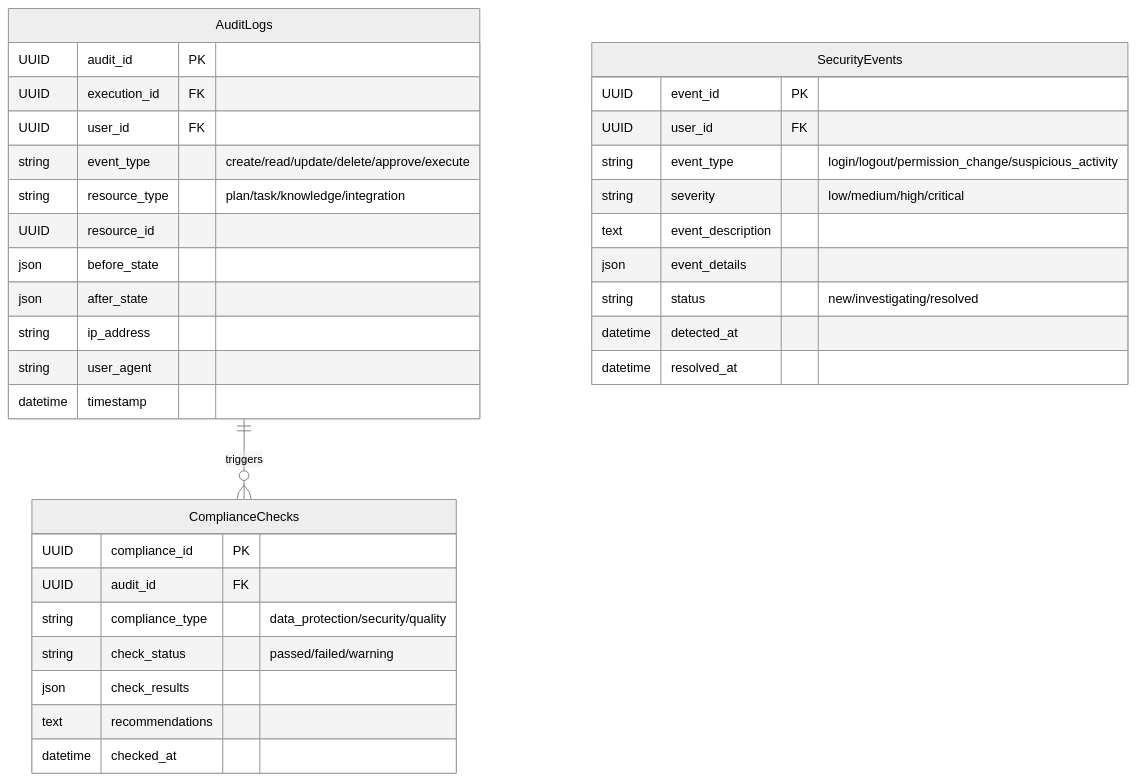
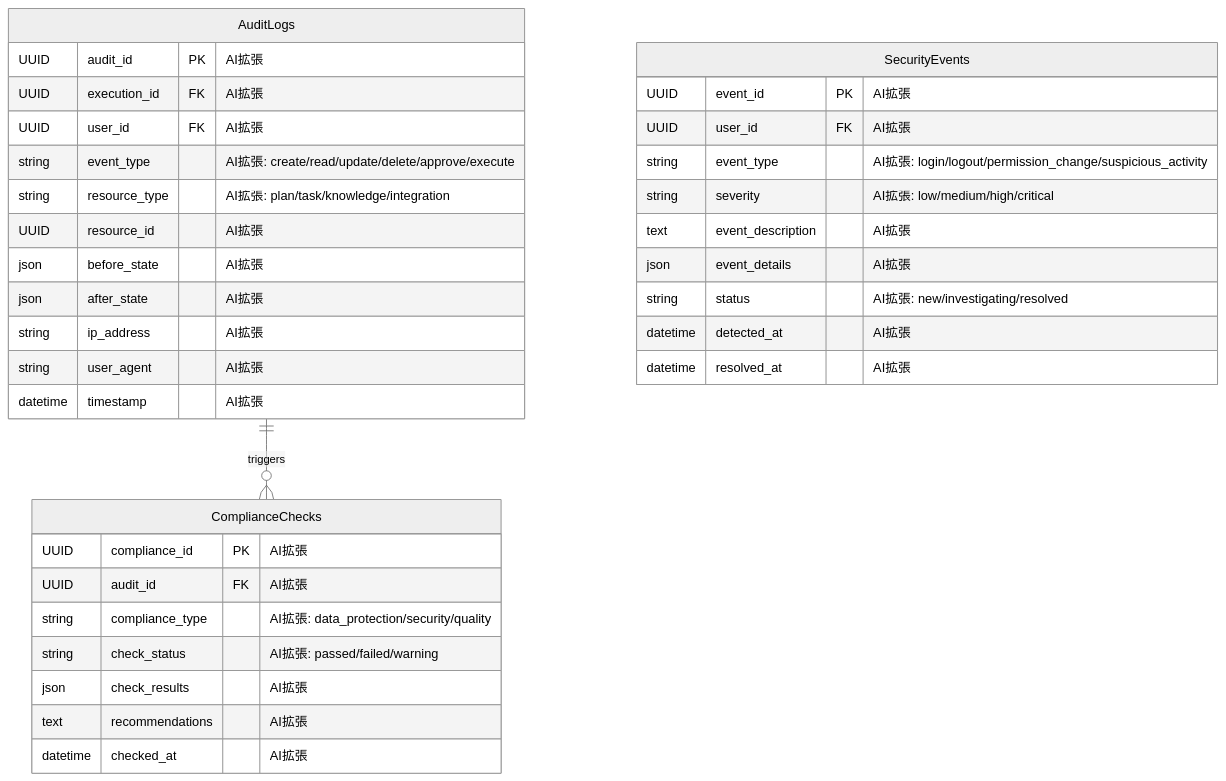
Before and after one commit to daichiTAAA/AgentOpsPlatform: diagram 14 of 16 in docs/030000_設計/035000_データ設計/035010_ER図.md, drawn with Mermaid (neutral theme). The commit also changed other lines of this file, not shown here.

````diff
--- a/docs/030000_設計/035000_データ設計/035010_ER図.md
+++ b/docs/030000_設計/035000_データ設計/035010_ER図.md
@@ -775,40 +926,40 @@
 ```mermaid
 erDiagram
     AuditLogs {
-        UUID audit_id PK
-        UUID execution_id FK
-        UUID user_id FK
-        string event_type "create/read/update/delete/approve/execute"
-        string resource_type "plan/task/knowledge/integration"
-        UUID resource_id
-        json before_state
-        json after_state
-        string ip_address
-        string user_agent
-        datetime timestamp
+        UUID audit_id PK "AI拡張"
+        UUID execution_id FK "AI拡張"
+        UUID user_id FK "AI拡張"
+        string event_type "AI拡張: create/read/update/delete/approve/execute"
+        string resource_type "AI拡張: plan/task/knowledge/integration"
+        UUID resource_id "AI拡張"
+        json before_state "AI拡張"
+        json after_state "AI拡張"
+        string ip_address "AI拡張"
+        string user_agent "AI拡張"
+        datetime timestamp "AI拡張"
     }
     
     ComplianceChecks {
-        UUID compliance_id PK
-        UUID audit_id FK
-        string compliance_type "data_protection/security/quality"
-        string check_status "passed/failed/warning"
-        json check_results
-        text recommendations
-        datetime checked_at
+        UUID compliance_id PK "AI拡張"
+        UUID audit_id FK "AI拡張"
+        string compliance_type "AI拡張: data_protection/security/quality"
+        string check_status "AI拡張: passed/failed/warning"
+        json check_results "AI拡張"
+        text recommendations "AI拡張"
+        datetime checked_at "AI拡張"
     }
     
     SecurityEvents {
-        UUID event_id PK
-        UUID user_id FK
-        string event_type "login/logout/permission_change/suspicious_activity"
-        string severity "low/medium/high/critical"
-        text event_description
-        json event_details
-        string status "new/investigating/resolved"
-        datetime detected_at
-        datetime resolved_at
+        UUID event_id PK "AI拡張"
+        UUID user_id FK "AI拡張"
+        string event_type "AI拡張: login/logout/permission_change/suspicious_activity"
+        string severity "AI拡張: low/medium/high/critical"
+        text event_description "AI拡張"
+        json event_details "AI拡張"
+        string status "AI拡張: new/investigating/resolved"
+        datetime detected_at "AI拡張"
+        datetime resolved_at "AI拡張"
     }
     
     AuditLogs ||--o{ ComplianceChecks : triggers
 ```
````
